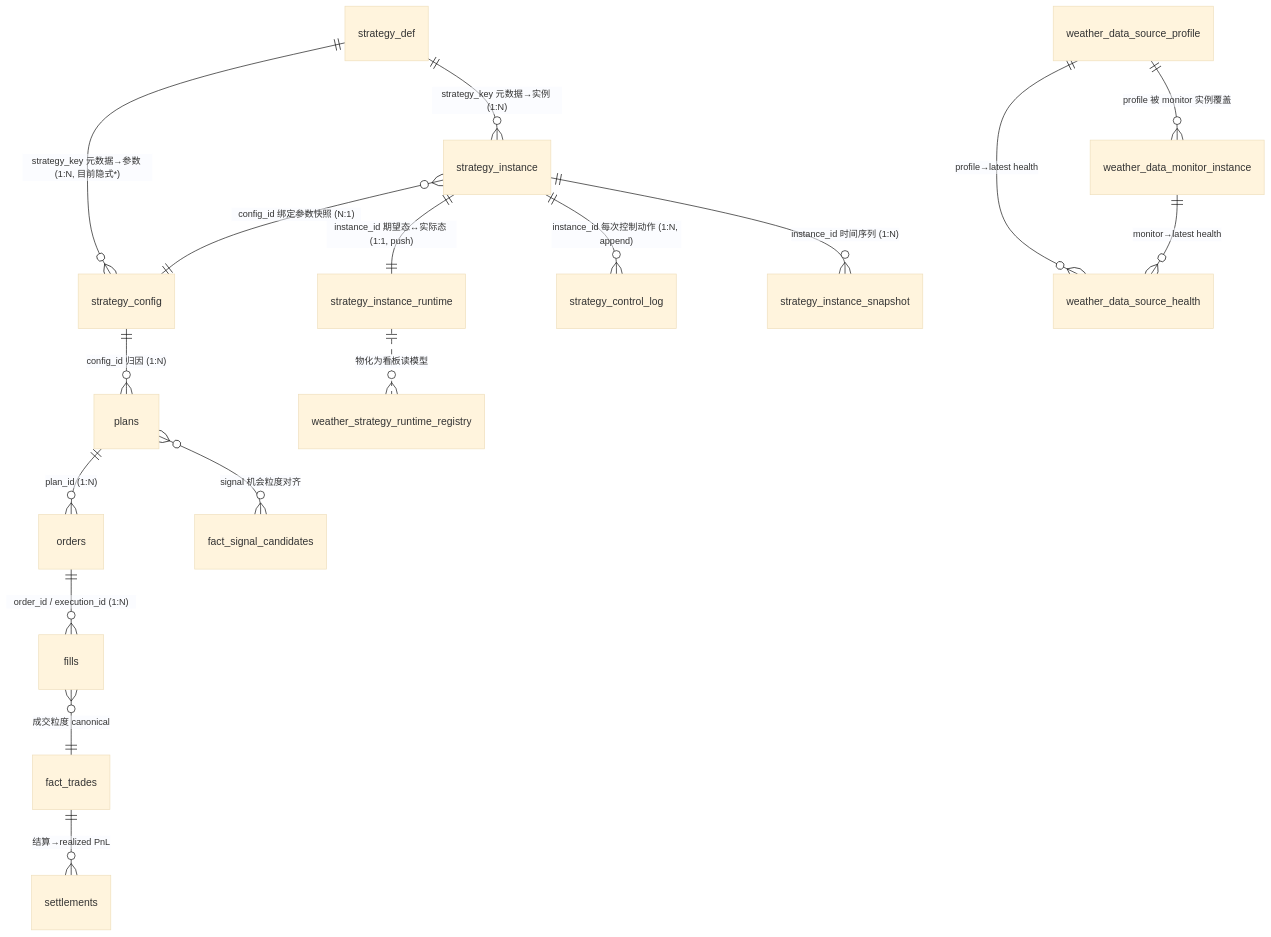
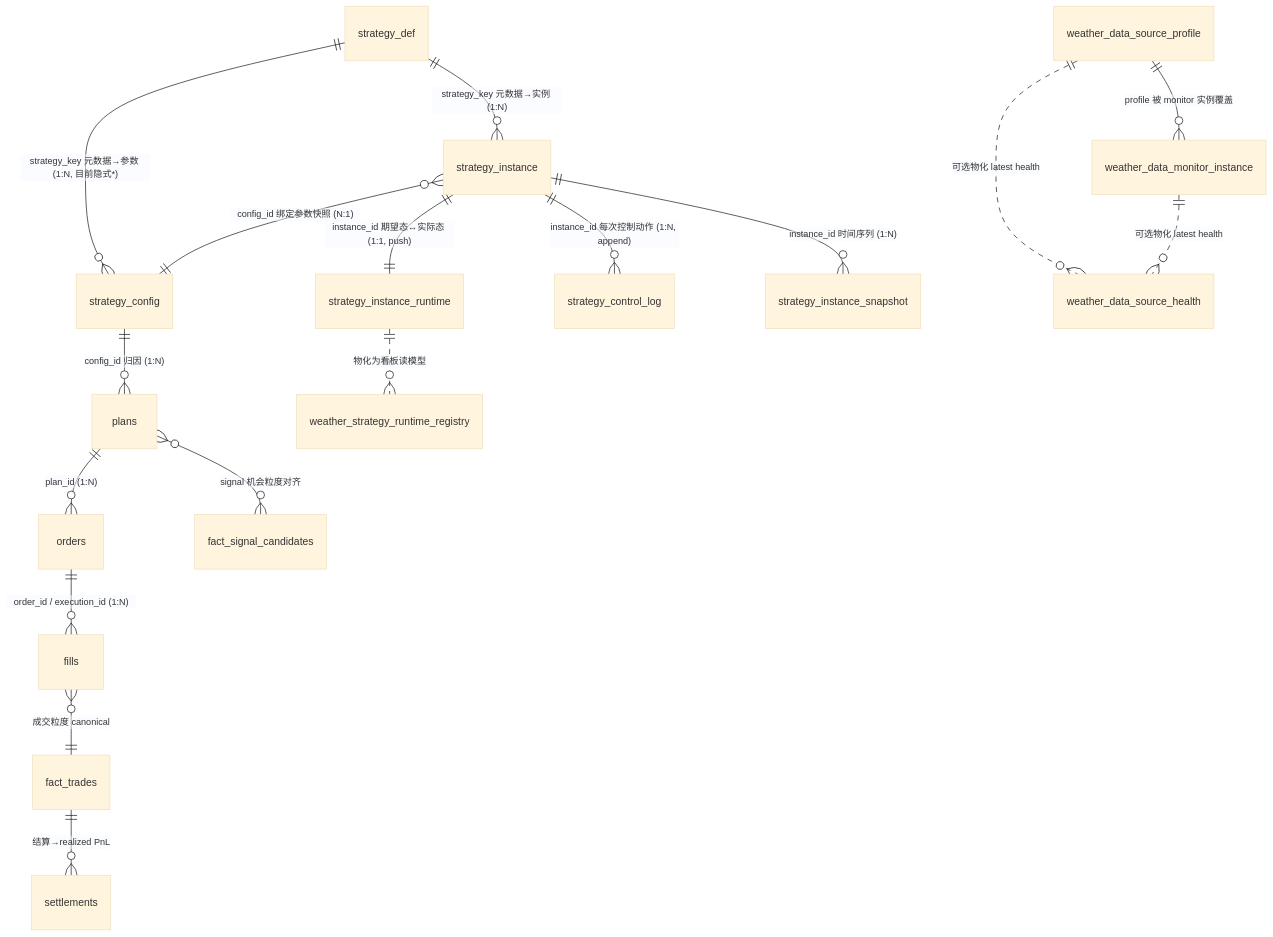
One commit to jiaruihz/pm_agents changed the diagram in docs/WEATHER_STRATEGY_RUNTIME_PLATFORM_DESIGN.md. Above: the diagram before and after it, drawn with Mermaid (base theme). The commit also changed other lines of this file, not shown here.

Commit message:
Make source health a derived read model

````diff
--- a/docs/WEATHER_STRATEGY_RUNTIME_PLATFORM_DESIGN.md
+++ b/docs/WEATHER_STRATEGY_RUNTIME_PLATFORM_DESIGN.md
@@ -1001,24 +1002,24 @@
 ```mermaid
 erDiagram
     %% ── 定义面（元数据）──
     strategy_def ||--o{ strategy_instance : "strategy_key 元数据→实例 (1:N)"
     strategy_def ||--o{ strategy_config : "strategy_key 元数据→参数 (1:N, 目前隐式*)"
     %% ── 控制面 / 运行时面 ──
     strategy_instance ||--|| strategy_instance_runtime : "instance_id 期望态↔实际态 (1:1, push)"
     strategy_instance ||--o{ strategy_control_log : "instance_id 每次控制动作 (1:N, append)"
     strategy_instance ||--o{ strategy_instance_snapshot : "instance_id 时间序列 (1:N)"
     %% ── 实例 → 主血缘（attribution 桥）──
     strategy_instance }o--|| strategy_config : "config_id 绑定参数快照 (N:1)"
     strategy_config ||--o{ plans : "config_id 归因 (1:N)"
     plans ||--o{ orders : "plan_id (1:N)"
     orders ||--o{ fills : "order_id / execution_id (1:N)"
     plans }o--o{ fact_signal_candidates : "signal 机会粒度对齐"
     fills }o--|| fact_trades : "成交粒度 canonical"
     fact_trades ||--o{ settlements : "结算→realized PnL"
     %% ── 数据源面 ──
     weather_data_source_profile ||--o{ weather_data_monitor_instance : "profile 被 monitor 实例覆盖"
-    weather_data_source_profile ||--o{ weather_data_source_health : "profile→latest health"
-    weather_data_monitor_instance ||--o{ weather_data_source_health : "monitor→latest health"
+    weather_data_source_profile ||..o{ weather_data_source_health : "可选物化 latest health"
+    weather_data_monitor_instance ||..o{ weather_data_source_health : "可选物化 latest health"
     %% ── 只读读模型 ──
     strategy_instance_runtime ||..o{ weather_strategy_runtime_registry : "物化为看板读模型"
 ```
````
